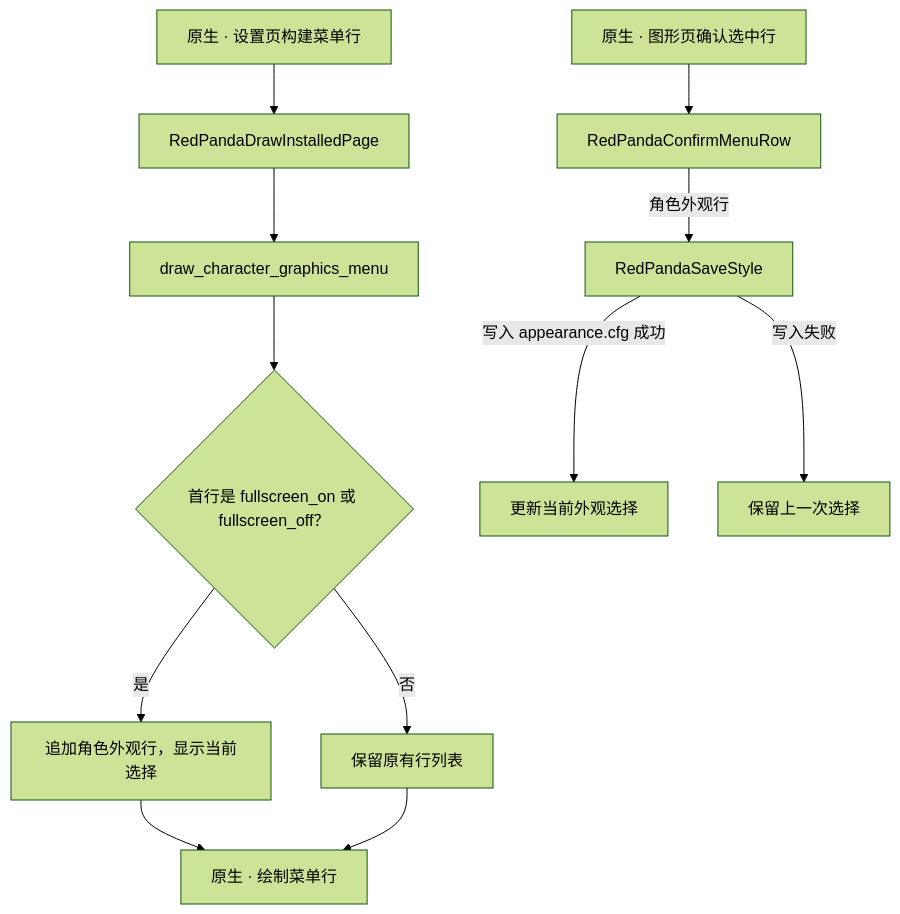
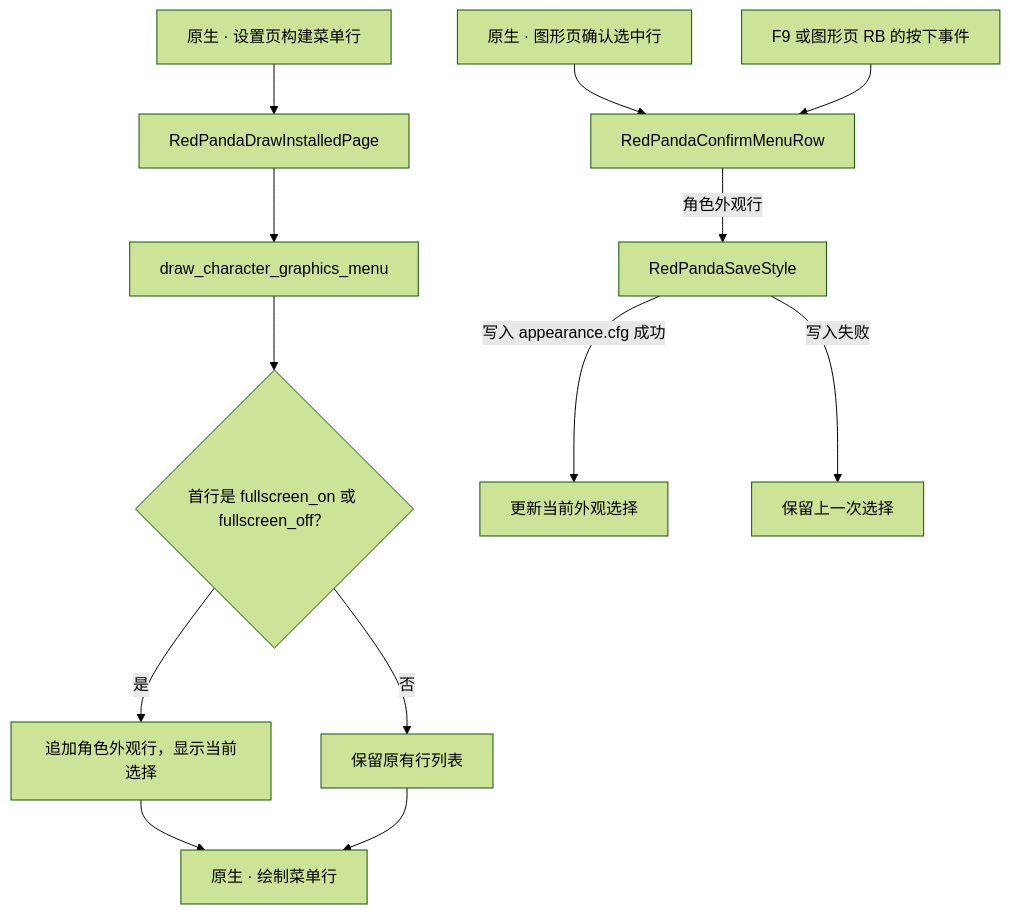
One commit to dreamstring/SinkingStarRedPanda changed the first of 3 diagrams in README.md. Above: the diagram before and after it, drawn with Mermaid (forest theme). The commit also changed other lines of this file, not shown here.

````diff
--- a/README.md
+++ b/README.md
@@ -23,14 +44,15 @@
 ```mermaid
 flowchart TD
     A["原生 · 设置页构建菜单行"] --> B["RedPandaDrawInstalledPage"]
     B --> C["draw_character_graphics_menu"]
     C --> D{"首行是 fullscreen_on 或 fullscreen_off？"}
     D -->|是| E["追加角色外观行，显示当前选择"]
     D -->|否| F["保留原有行列表"]
     E --> G["原生 · 绘制菜单行"]
     F --> G
     H["原生 · 图形页确认选中行"] --> I["RedPandaConfirmMenuRow"]
+    P["F9 或图形页 RB 的按下事件"] --> I
     I -->|角色外观行| J["RedPandaSaveStyle"]
     J -->|写入 appearance.cfg 成功| K["更新当前外观选择"]
     J -->|写入失败| L["保留上一次选择"]
 ```
````
